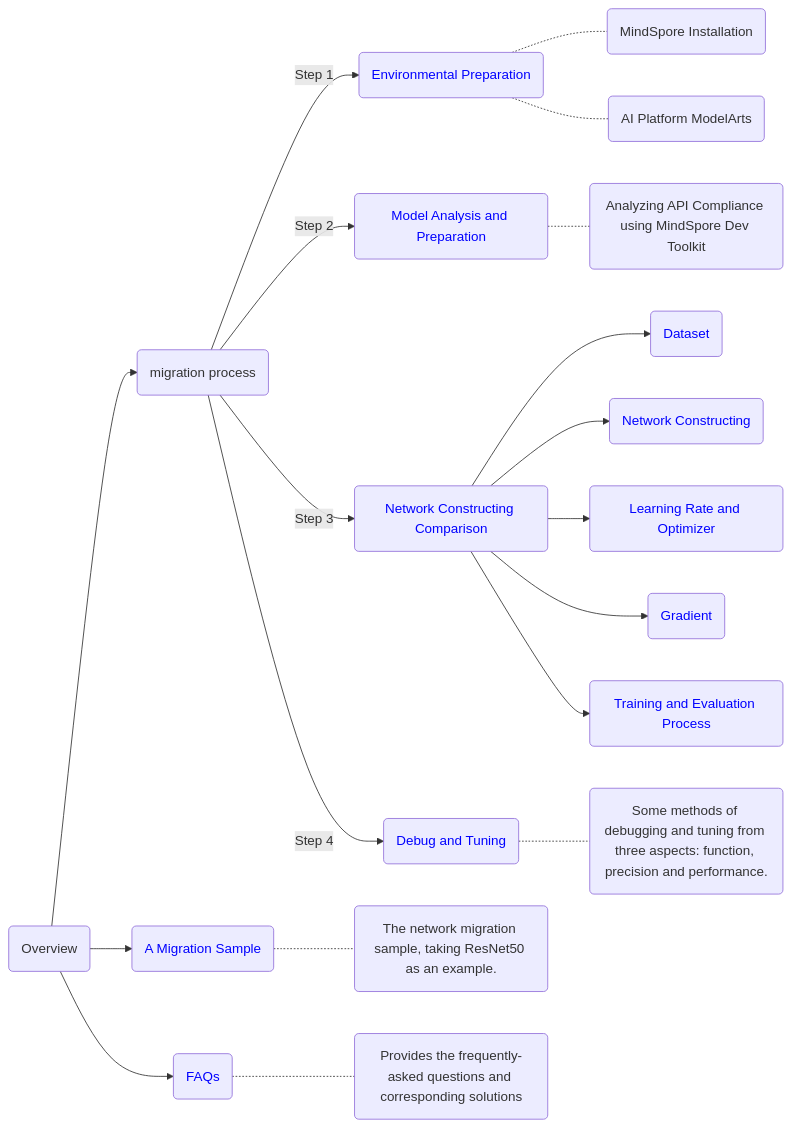
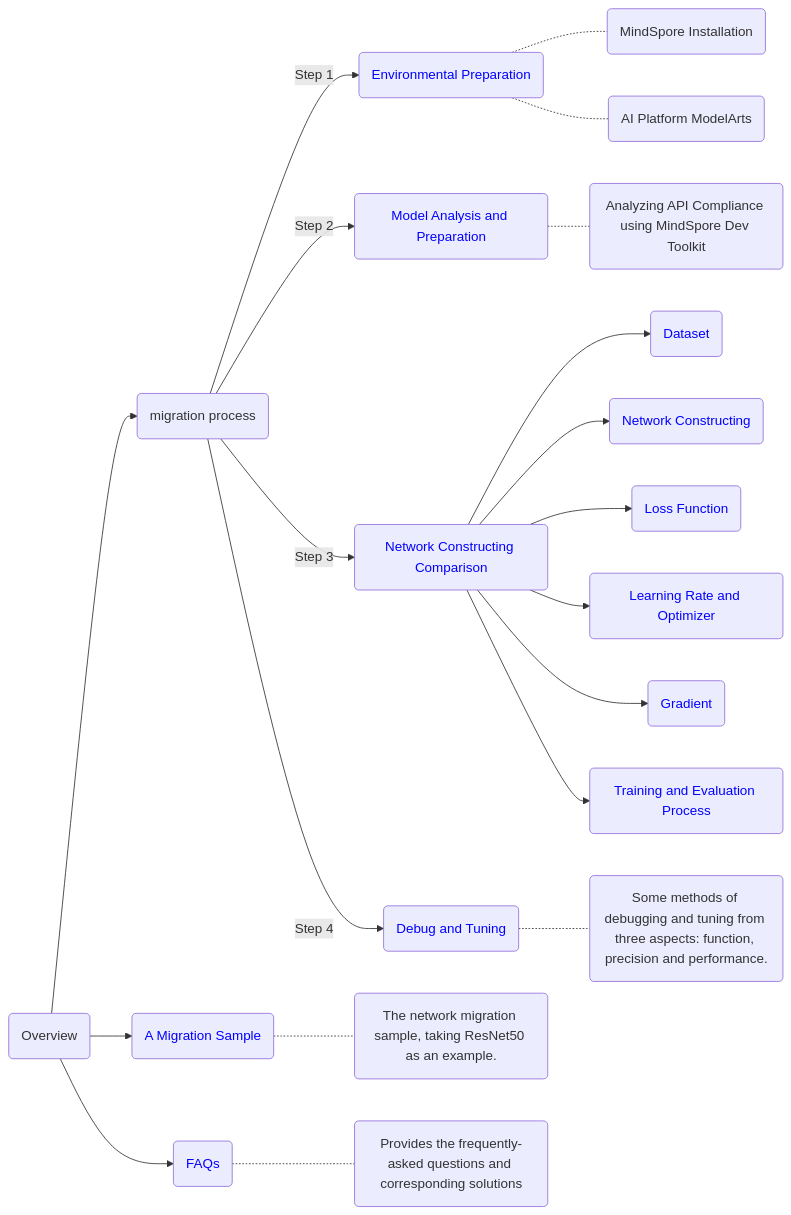
One commit to mindspore-ai/docs changed the diagram in docs/mindspore/source_en/migration_guide/overview.md. Above: the diagram before and after it, drawn with Mermaid. The commit also changed 1 other file, not shown here.

Commit message:
add loss function in migration guide

````diff
--- a/docs/mindspore/source_en/migration_guide/overview.md
+++ b/docs/mindspore/source_en/migration_guide/overview.md
@@ -7,35 +7,37 @@
 ```{mermaid}
 graph LR
 A(Overview)-->B(migration process)
 B-->|Step 1|E(<font color=blue>Environmental Preparation</font>)
 E-.-text1(MindSpore Installation)
 E-.-text2(AI Platform ModelArts)
 B-->|Step 2|F(<font color=blue>Model Analysis and Preparation</font>)
 F-.-text3(Analyzing API Compliance using MindSpore Dev Toolkit)
 B-->|Step 3|G(<font color=blue>Network Constructing Comparison</font>)
 G-->I(<font color=blue>Dataset</font>)
 G-->J(<font color=blue>Network Constructing</font>)
+G-->N(<font color=blue>Loss Function</font>)
 G-->K(<font color=blue>Learning Rate and Optimizer</font>)
 G-->L(<font color=blue>Gradient</font>)
 G-->M(<font color=blue>Training and Evaluation Process</font>)
 B-->|Step 4|H(<font color=blue>Debug and Tuning</font>)
 H-.-text4(Some methods of debugging and tuning from three aspects: function, precision and performance.)
 A-->C(<font color=blue>A Migration Sample</font>)
 C-.-text5(The network migration sample, taking ResNet50 as an example.)
 A-->D(<font color=blue>FAQs</font>)
 D-.-text6(Provides the frequently-asked questions and corresponding solutions)
 
 click C "https://www.mindspore.cn/docs/en/master/migration_guide/sample_code.html"
 click D "https://www.mindspore.cn/docs/en/master/migration_guide/faq.html"
 
 click E "https://www.mindspore.cn/docs/en/master/migration_guide/enveriment_preparation.html"
 click F "https://www.mindspore.cn/docs/en/master/migration_guide/analysis_and_preparation.html"
 click G "https://www.mindspore.cn/docs/en/master/migration_guide/model_development/model_development.html"
 click H "https://www.mindspore.cn/docs/en/master/migration_guide/debug_and_tune.html"
 
 click I "https://www.mindspore.cn/docs/en/master/migration_guide/model_development/dataset.html"
 click J "https://www.mindspore.cn/docs/en/master/migration_guide/model_development/model_and_cell.html"
 click K "https://www.mindspore.cn/docs/en/master/migration_guide/model_development/learning_rate_and_optimizer.html"
 click L "https://www.mindspore.cn/docs/en/master/migration_guide/model_development/gradient.html"
 click M "https://www.mindspore.cn/docs/en/master/migration_guide/model_development/training_and_evaluation.html"
+click N "https://www.mindspore.cn/docs/en/master/migration_guide/model_development/loss_function.html"
 ```
````
